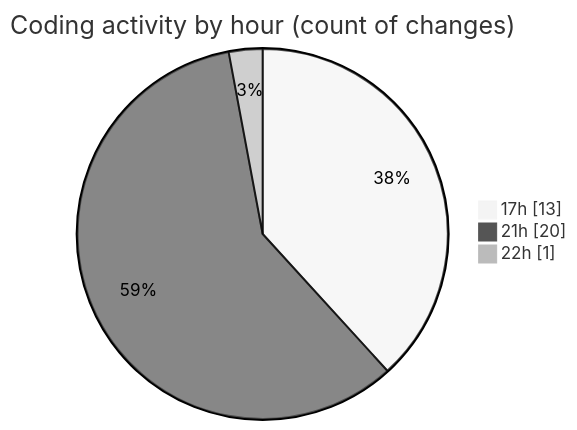
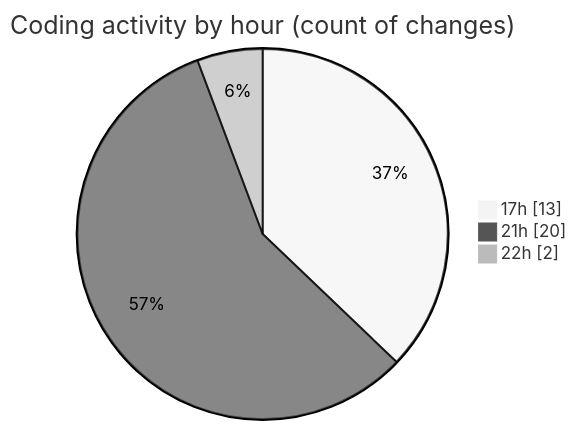
Before and after one commit to Unknowalive/code-tracking: the second of 2 diagrams in 2026-07-03/researchlens/README.md, drawn with Mermaid (neutral theme). The commit also changed other lines of this file and 1 other file, not shown here.

````diff
--- a/2026-07-03/researchlens/README.md
+++ b/2026-07-03/researchlens/README.md
@@ -45,7 +45,7 @@
 ```mermaid
 pie showData
 title Coding activity by hour (count of changes)
 "17h" : 13
 "21h" : 20
-"22h" : 1
+"22h" : 2
 ```
````
